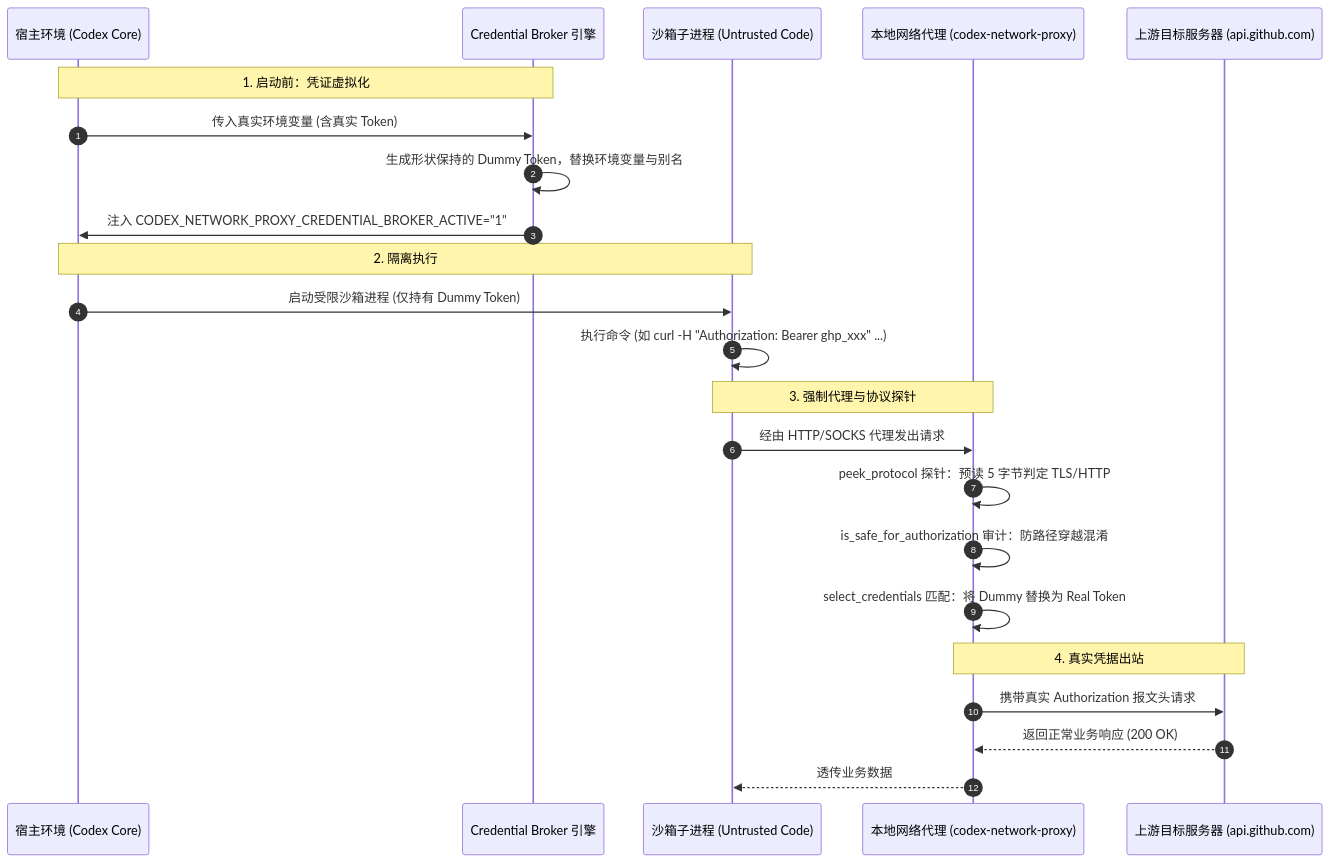
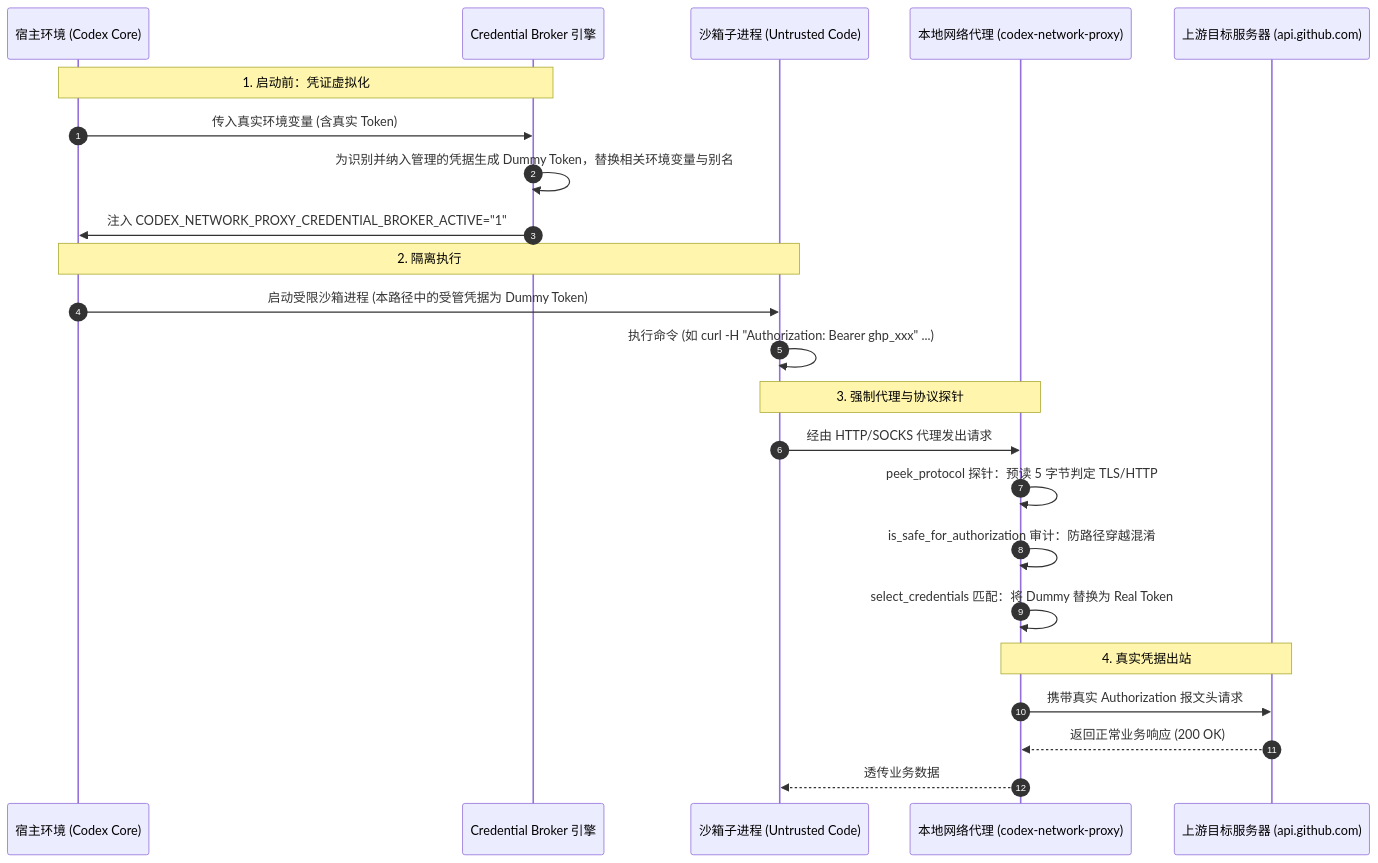
Before and after one commit to Yajing-Z/llm-agent-learning: the fifth of 8 diagrams in 02_deep_dives/openai_codex_sandbox.md, drawn with Mermaid. The commit also changed other lines of this file, not shown here.

Commit message:
Update seconde knowledge: credential broker

````diff
--- a/02_deep_dives/openai_codex_sandbox.md
+++ b/02_deep_dives/openai_codex_sandbox.md
@@ -335,29 +344,29 @@
 ```mermaid
 sequenceDiagram
     autonumber
     participant Host as 宿主环境 (Codex Core)
     participant Broker as Credential Broker 引擎
     participant Sandbox as 沙箱子进程 (Untrusted Code)
     participant Proxy as 本地网络代理 (codex-network-proxy)
     participant Upstream as 上游目标服务器 (api.github.com)
 
     Note over Host,Broker: 1. 启动前：凭证虚拟化
     Host->>Broker: 传入真实环境变量 (含真实 Token)
-    Broker->>Broker: 生成形状保持的 Dummy Token，替换环境变量与别名
+    Broker->>Broker: 为识别并纳入管理的凭据生成 Dummy Token，替换相关环境变量与别名
     Broker->>Host: 注入 CODEX_NETWORK_PROXY_CREDENTIAL_BROKER_ACTIVE="1"
     
     Note over Host,Sandbox: 2. 隔离执行
-    Host->>Sandbox: 启动受限沙箱进程 (仅持有 Dummy Token)
+    Host->>Sandbox: 启动受限沙箱进程 (本路径中的受管凭据为 Dummy Token)
     Sandbox->>Sandbox: 执行命令 (如 curl -H "Authorization: Bearer ghp_xxx" ...)
     
     Note over Sandbox,Proxy: 3. 强制代理与协议探针
     Sandbox->>Proxy: 经由 HTTP/SOCKS 代理发出请求
     Proxy->>Proxy: peek_protocol 探针：预读 5 字节判定 TLS/HTTP
     Proxy->>Proxy: is_safe_for_authorization 审计：防路径穿越混淆
     Proxy->>Proxy: select_credentials 匹配：将 Dummy 替换为 Real Token
     
     Note over Proxy,Upstream: 4. 真实凭据出站
     Proxy->>Upstream: 携带真实 Authorization 报文头请求
     Upstream-->>Proxy: 返回正常业务响应 (200 OK)
     Proxy-->>Sandbox: 透传业务数据
 ```
````
